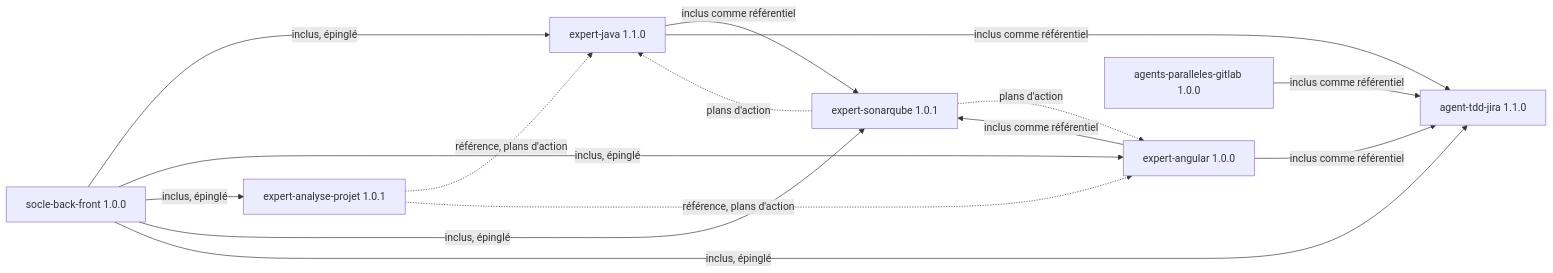
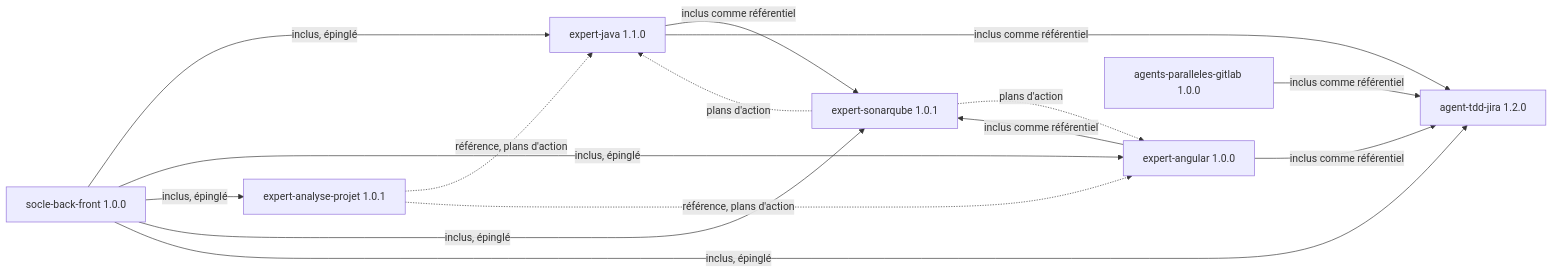
The diagram in README.md (FredGarcia/Agent2Prompt), drawn with Mermaid before and after one commit. The commit also changed other lines of this file and 1 other file, not shown here.

Commit message:
docs: agent-tdd-jira 1.2.0 dans le README et le CHANGELOG
Claude-Session: https://claude.ai/code/session_01HkYW6t1mubVRH7e1Z8ptRQ

````diff
--- a/README.md
+++ b/README.md
@@ -25,17 +25,17 @@
 ```mermaid
 flowchart LR
   SOCLE["socle-back-front 1.0.0"] -->|"inclus, épinglé"| J["expert-java 1.1.0"]
   SOCLE -->|"inclus, épinglé"| A["expert-angular 1.0.0"]
   SOCLE -->|"inclus, épinglé"| AN["expert-analyse-projet 1.0.1"]
   AN -.->|"référence, plans d'action"| J
   AN -.->|"référence, plans d'action"| A
   SOCLE -->|"inclus, épinglé"| SQ["expert-sonarqube 1.0.1"]
   J -->|"inclus comme référentiel"| SQ
   A -->|"inclus comme référentiel"| SQ
   SQ -.->|"plans d'action"| J
   SQ -.->|"plans d'action"| A
-  SOCLE -->|"inclus, épinglé"| TDD["agent-tdd-jira 1.1.0"]
+  SOCLE -->|"inclus, épinglé"| TDD["agent-tdd-jira 1.2.0"]
   J -->|"inclus comme référentiel"| TDD
   A -->|"inclus comme référentiel"| TDD
   APG["agents-paralleles-gitlab 1.0.0"] -->|"inclus comme référentiel"| TDD
 ```
````
